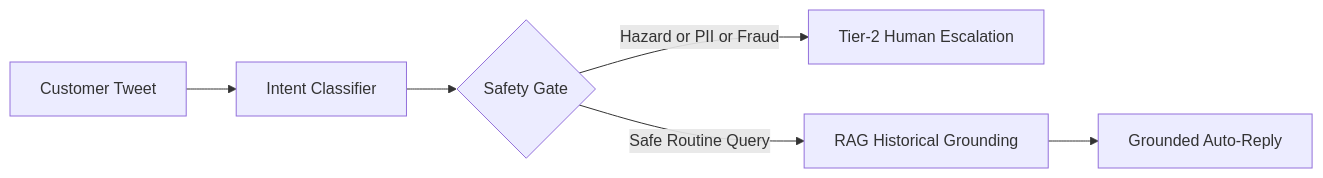
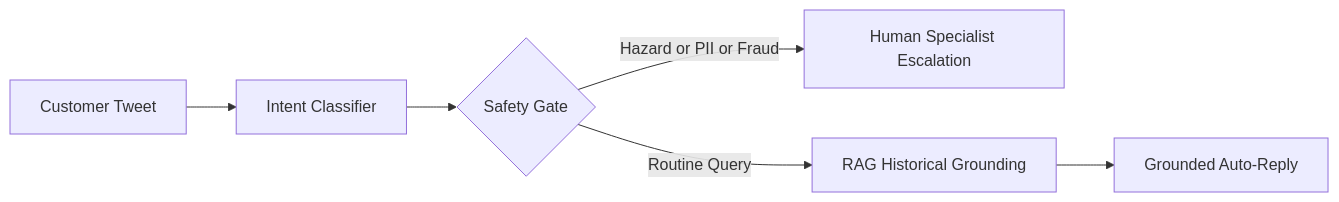
Before and after one commit to nanthitha25/hiver_assignment: the first of 5 diagrams in README.md, drawn with Mermaid. The commit also changed other lines of this file, not shown here.

Commit message:
fix(docs): quote all Mermaid labels and remove unquoted special characters to fix GitHub rich display rendering

````diff
--- a/README.md
+++ b/README.md
@@ -39,8 +39,8 @@
 ```mermaid
 flowchart LR
-    A[Customer Tweet] --> B[Intent Classifier]
-    B --> C{Safety Gate}
-    C -->|Hazard or PII or Fraud| D[Tier-2 Human Escalation]
-    C -->|Safe Routine Query| E[RAG Historical Grounding]
-    E --> F[Grounded Auto-Reply]
+    A["Customer Tweet"] --> B["Intent Classifier"]
+    B --> C{"Safety Gate"}
+    C -->|"Hazard or PII or Fraud"| D["Human Specialist Escalation"]
+    C -->|"Routine Query"| E["RAG Historical Grounding"]
+    E --> F["Grounded Auto-Reply"]
 ```
````
